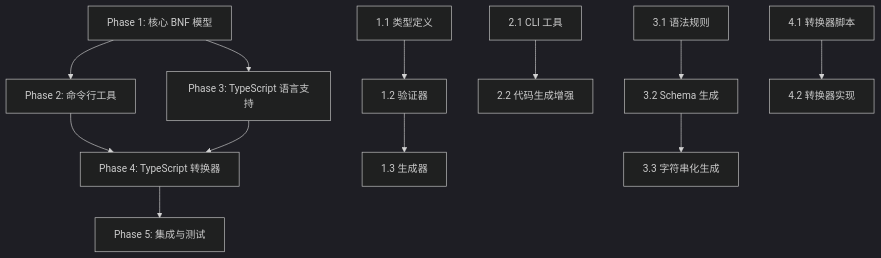
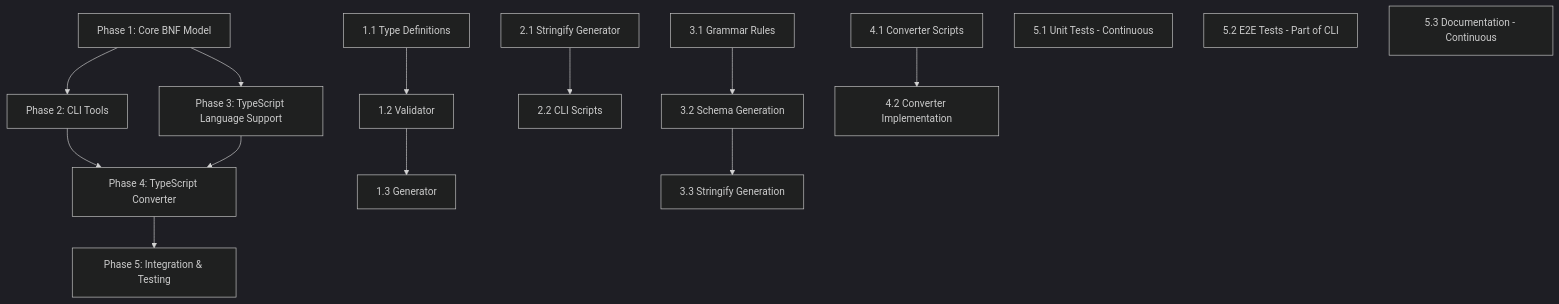
One commit to wewei/arbores changed the diagram in docs/bnf-model-implementation-plan.md. Above: the diagram before and after it, drawn with Mermaid (dark theme). The commit also changed other lines of this file, not shown here.

First line of the commit message:
Refine BNF model implementation plan based on vibe coding approach

````diff
--- a/docs/bnf-model-implementation-plan.md
+++ b/docs/bnf-model-implementation-plan.md
@@ -168,18 +173,22 @@
 ```mermaid
 graph TD
-    A[Phase 1: 核心 BNF 模型] --> B[Phase 2: 命令行工具]
-    A --> C[Phase 3: TypeScript 语言支持]
-    B --> D[Phase 4: TypeScript 转换器]
+    A[Phase 1: Core BNF Model] --> B[Phase 2: CLI Tools]
+    A --> C[Phase 3: TypeScript Language Support]
+    B --> D[Phase 4: TypeScript Converter]
     C --> D
-    D --> E[Phase 5: 集成与测试]
+    D --> E[Phase 5: Integration & Testing]
     
-    A1[1.1 类型定义] --> A2[1.2 验证器]
-    A2 --> A3[1.3 生成器]
+    A1[1.1 Type Definitions] --> A2[1.2 Validator]
+    A2 --> A3[1.3 Generator]
     
-    B1[2.1 CLI 工具] --> B2[2.2 代码生成增强]
+    B1[2.1 Stringify Generator] --> B2[2.2 CLI Scripts]
     
-    C1[3.1 语法规则] --> C2[3.2 Schema 生成]
-    C2 --> C3[3.3 字符串化生成]
+    C1[3.1 Grammar Rules] --> C2[3.2 Schema Generation]
+    C2 --> C3[3.3 Stringify Generation]
     
-    D1[4.1 转换器脚本] --> D2[4.2 转换器实现]
+    D1[4.1 Converter Scripts] --> D2[4.2 Converter Implementation]
+    
+    E1[5.1 Unit Tests - Continuous]
+    E2[5.2 E2E Tests - Part of CLI]
+    E3[5.3 Documentation - Continuous]
 ```
````
